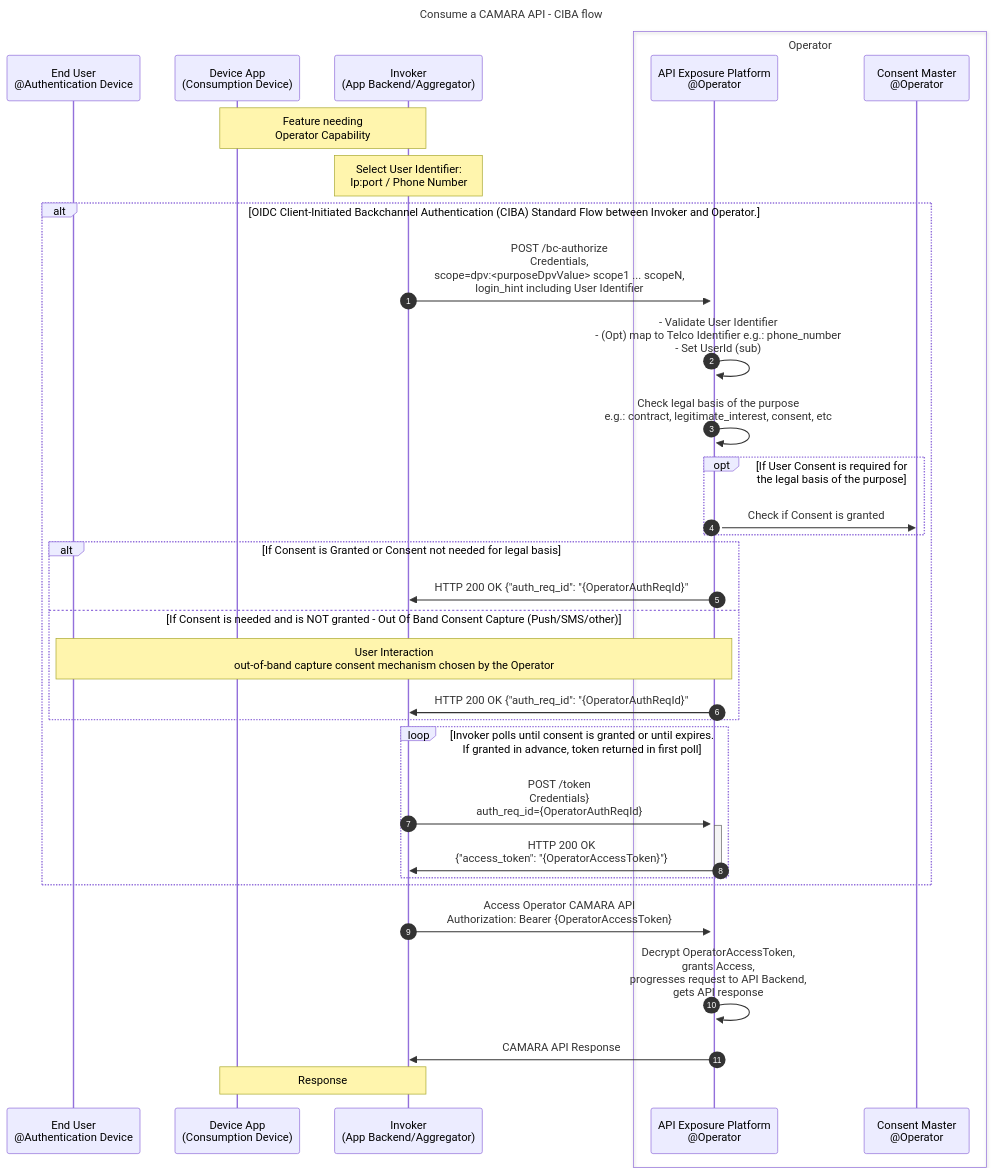
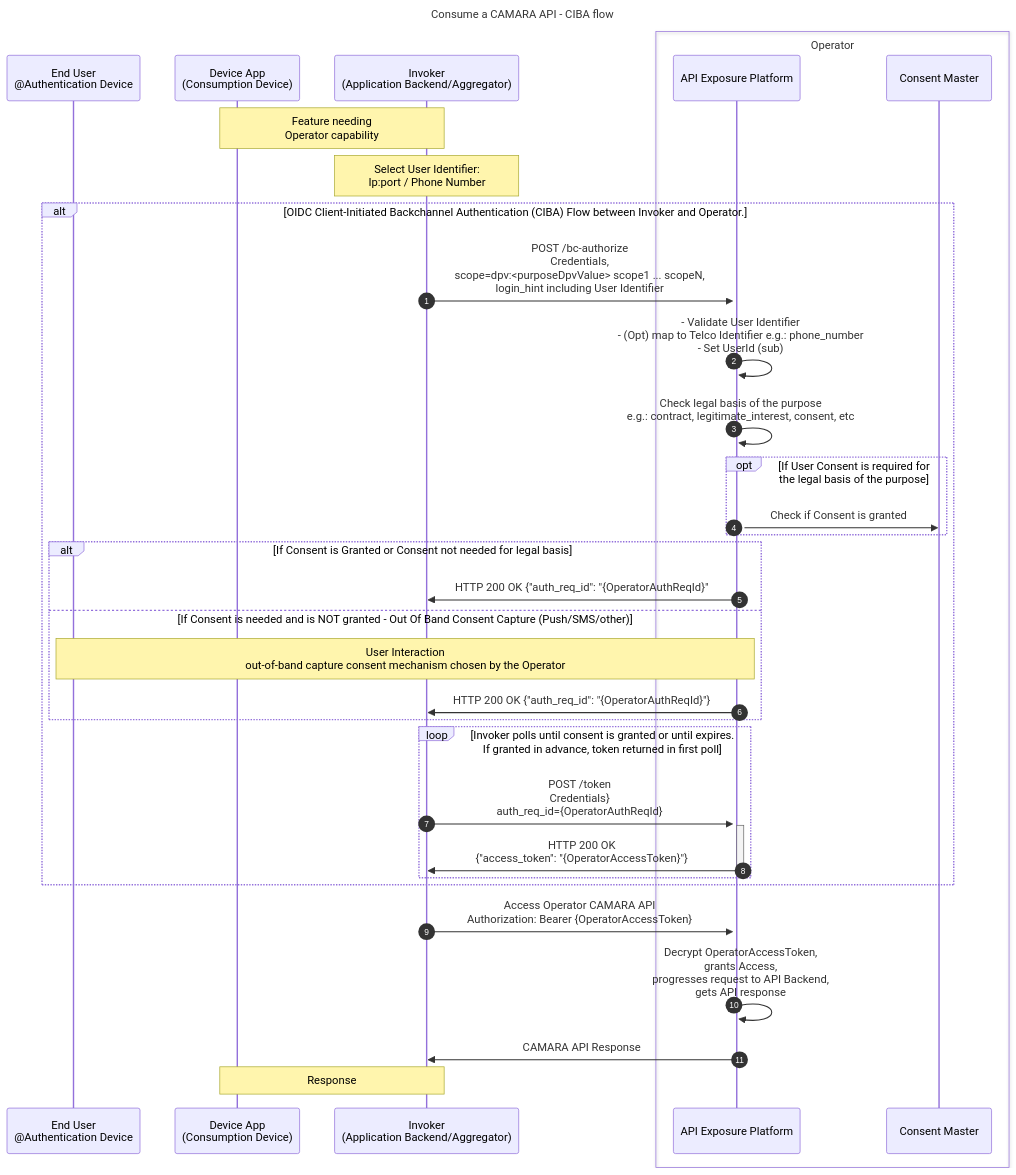
The second of 2 diagrams in documentation/CAMARA-API-access-and-user-consent.md (camaraproject/IdentityAndConsentManagement), drawn with Mermaid before and after one commit. The commit also changed other lines of this file, not shown here.

````diff
--- a/documentation/CAMARA-API-access-and-user-consent.md
+++ b/documentation/CAMARA-API-access-and-user-consent.md
@@ -194,38 +187,38 @@
 ```mermaid
 sequenceDiagram
 autonumber
 title Consume a CAMARA API - CIBA flow
 participant User as End User<br>@Authentication Device
-participant FE as Device App<br> (Consumption Device)
-participant BE as Invoker<br>(App Backend/Aggregator)  
+participant FE as Device App<br>(Consumption Device)
+participant BE as Invoker<br>(Application Backend/Aggregator)  
 box Operator
-  participant ExpO as API Exposure Platform<br>@Operator  
-  participant Consent as Consent Master<br>@Operator
+  participant ExpO as API Exposure Platform  
+  participant Consent as Consent Master
 end
 
-Note over FE,BE: Feature needing<br>Operator Capability  
-Note over BE: Select User Identifier:<br> Ip:port / Phone Number  
+Note over FE,BE: Feature needing<br>Operator capability  
+Note over BE: Select User Identifier:<br>Ip:port / Phone Number  
 
-alt OIDC Client-Initiated Backchannel Authentication (CIBA) Standard Flow between Invoker and Operator.
+alt OIDC Client-Initiated Backchannel Authentication (CIBA) Flow between Invoker and Operator.
   BE->>+ExpO: POST /bc-authorize<br> Credentials,<br>scope=dpv:<purposeDpvValue> scope1 ... scopeN,<br>login_hint including User Identifier    
   ExpO->>ExpO: - Validate User Identifier<br>- (Opt) map to Telco Identifier e.g.: phone_number<br>- Set UserId (sub)  
-  ExpO->>ExpO: Check legal basis of the purpose<br> e.g.: contract, legitimate_interest, consent, etc  
+  ExpO->>ExpO: Check legal basis of the purpose<br> e.g.: contract, legitimate_interest, consent, etc
   opt If User Consent is required for the legal basis of the purpose  
     ExpO->>Consent: Check if Consent is granted
   end
   alt If Consent is Granted or Consent not needed for legal basis   
     ExpO->>BE: HTTP 200 OK {"auth_req_id": "{OperatorAuthReqId}"  
   else If Consent is needed and is NOT granted - Out Of Band Consent Capture (Push/SMS/other)
     Note over ExpO,User: User Interaction <br> out-of-band capture consent mechanism chosen by the Operator
-    ExpO->>BE: HTTP 200 OK {"auth_req_id": "{OperatorAuthReqId}"
+    ExpO->>BE: HTTP 200 OK {"auth_req_id": "{OperatorAuthReqId}"}
   end
   loop Invoker polls until consent is granted or until expires. If granted in advance, token returned in first poll
     BE->>+ExpO: POST /token <br>Credentials}<br>auth_req_id={OperatorAuthReqId}    
-    ExpO->>-BE: HTTP 200 OK <br>{"access_token": "{OperatorAccessToken}"} 
+    ExpO->>-BE: HTTP 200 OK <br>{"access_token": "{OperatorAccessToken}"}
   end  
 end
-BE->>ExpO: Access Operator CAMARA API <br> Authorization: Bearer {OperatorAccessToken}    
+BE->>ExpO: Access Operator CAMARA API<br>Authorization: Bearer {OperatorAccessToken}    
 ExpO->>ExpO: Decrypt OperatorAccessToken,<br>grants Access,<br>progresses request to API Backend,<br>gets API response  
 ExpO->>BE: CAMARA API Response
 Note over BE,FE: Response
 ```
````
